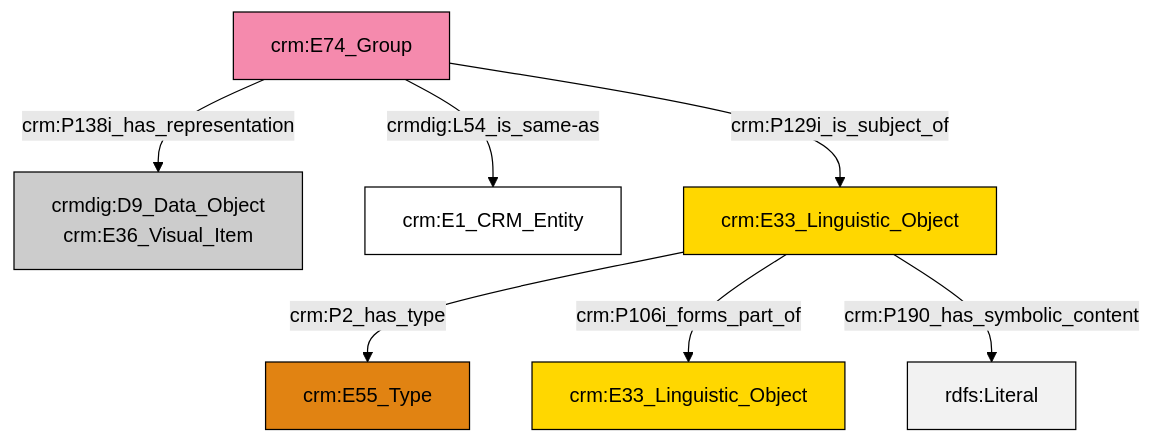
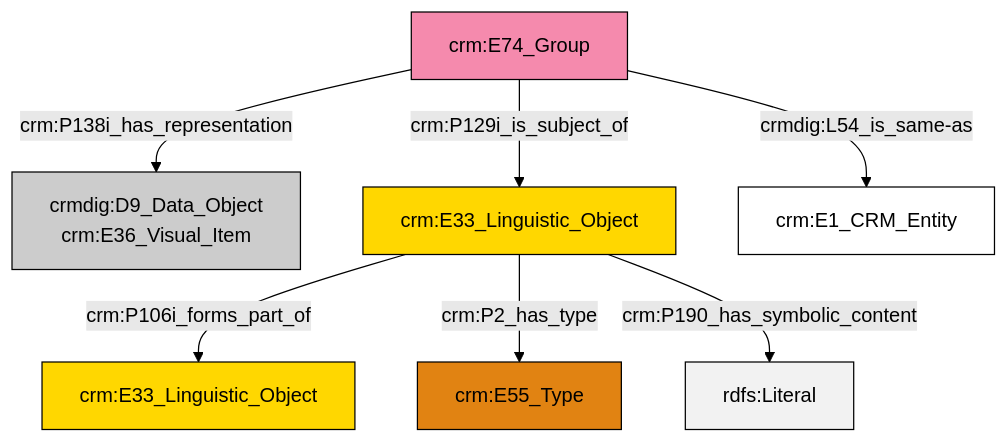
One commit to swiss-art-research-net/reference-data-models changed the diagram in et/groupCSV/ttl/mmd/group_documentation.ttl.mmd. Above: the diagram before and after it, drawn with Mermaid (forest theme). The commit also changed 127 other files, not shown here.

```diff
--- a/et/groupCSV/ttl/mmd/group_documentation.ttl.mmd
+++ b/et/groupCSV/ttl/mmd/group_documentation.ttl.mmd
@@ -1,21 +1,21 @@
 graph TD
 classDef Literal fill:#f2f2f2,stroke:#000000;
 classDef CRM_Entity fill:#FFFFFF,stroke:#000000;
 classDef Temporal_Entity fill:#00C9E6, stroke:#000000;
 classDef Type fill:#E18312, stroke:#000000;
 classDef Time-Span fill:#2C9C91, stroke:#000000;
 classDef Appellation fill:#FFEB7F, stroke:#000000;
 classDef Place fill:#008836, stroke:#000000;
 classDef Persistent_Item fill:#B266B2, stroke:#000000;
 classDef Conceptual_Object fill:#FFD700, stroke:#000000;
 classDef Physical_Thing fill:#D2B48C, stroke:#000000;
 classDef Actor fill:#f58aad, stroke:#000000;
 classDef PC_Classes fill:#4ce600, stroke:#000000;
 classDef Multi fill:#cccccc,stroke:#000000;
 
-2["crm:E74_Group"]:::Actor -->|crmdig:L54_is_same-as| 3["crm:E1_CRM_Entity"]:::CRM_Entity
-2["crm:E74_Group"]:::Actor -->|crm:P138i_has_representation| 0["crmdig:D9_Data_Object<br>crm:E36_Visual_Item"]:::Multi
-7["crm:E33_Linguistic_Object"]:::Conceptual_Object -->|crm:P2_has_type| 8["crm:E55_Type"]:::Type
-2["crm:E74_Group"]:::Actor -->|crm:P129i_is_subject_of| 7["crm:E33_Linguistic_Object"]:::Conceptual_Object
-7["crm:E33_Linguistic_Object"]:::Conceptual_Object -->|crm:P106i_forms_part_of| 4["crm:E33_Linguistic_Object"]:::Conceptual_Object
-7["crm:E33_Linguistic_Object"]:::Conceptual_Object -->|crm:P190_has_symbolic_content| 13[rdfs:Literal]:::Literal
+3["crm:E33_Linguistic_Object"]:::Conceptual_Object -->|crm:P106i_forms_part_of| 4["crm:E33_Linguistic_Object"]:::Conceptual_Object
+5["crm:E74_Group"]:::Actor -->|crmdig:L54_is_same-as| 6["crm:E1_CRM_Entity"]:::CRM_Entity
+5["crm:E74_Group"]:::Actor -->|crm:P138i_has_representation| 0["crmdig:D9_Data_Object<br>crm:E36_Visual_Item"]:::Multi
+3["crm:E33_Linguistic_Object"]:::Conceptual_Object -->|crm:P2_has_type| 7["crm:E55_Type"]:::Type
+5["crm:E74_Group"]:::Actor -->|crm:P129i_is_subject_of| 3["crm:E33_Linguistic_Object"]:::Conceptual_Object
+3["crm:E33_Linguistic_Object"]:::Conceptual_Object -->|crm:P190_has_symbolic_content| 14[rdfs:Literal]:::Literal
```
